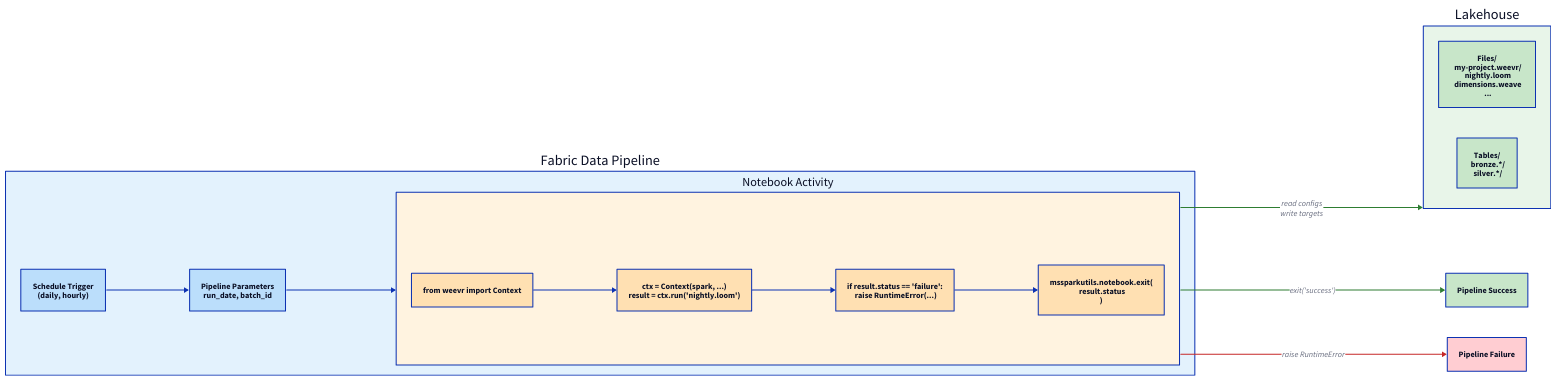
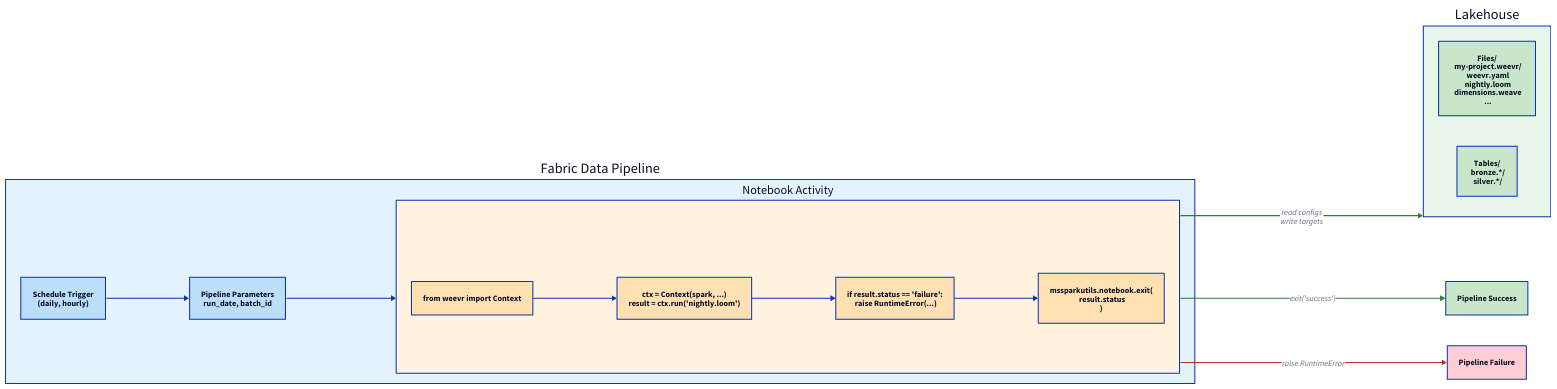
One commit to ardent-data/weevr changed the diagram in docs/how-to/run-from-fabric-pipeline.md. Above: the diagram before and after it, drawn with D2. The commit also changed other lines of this file and 278 other files, not shown here.

````diff
--- a/docs/how-to/run-from-fabric-pipeline.md
+++ b/docs/how-to/run-from-fabric-pipeline.md
@@ -7,37 +7,37 @@
 ```d2
 direction: right
 
 pipeline: Fabric Data Pipeline {
   style.fill: "#E3F2FD"
 
   trigger: Schedule Trigger\n(daily, hourly) {style.fill: "#BBDEFB"}
   params: Pipeline Parameters\nrun_date, batch_id {style.fill: "#BBDEFB"}
 
   notebook_activity: Notebook Activity {
     style.fill: "#FFF3E0"
 
     cell1: "from weevr import Context" {style.fill: "#FFE0B2"}
     cell2: "ctx = Context(spark, ...)\nresult = ctx.run('nightly.loom')" {style.fill: "#FFE0B2"}
     cell3: "if result.status == 'failure':\n    raise RuntimeError(...)" {style.fill: "#FFE0B2"}
     cell4: "mssparkutils.notebook.exit(\n    result.status\n)" {style.fill: "#FFE0B2"}
 
     cell1 -> cell2 -> cell3 -> cell4
   }
 
   trigger -> params -> notebook_activity
 }
 
 lakehouse: Lakehouse {
   style.fill: "#E8F5E9"
-  configs: "Files/\n  my-project.weevr/\n    nightly.loom\n    dimensions.weave\n    ..." {style.fill: "#C8E6C9"}
+  configs: "Files/\n  my-project.weevr/\n    weevr.yaml\n    nightly.loom\n    dimensions.weave\n    ..." {style.fill: "#C8E6C9"}
   tables: "Tables/\n  bronze.*/\n  silver.*/" {style.fill: "#C8E6C9"}
 }
 
 pipeline.notebook_activity -> lakehouse: "read configs\nwrite targets" {style.stroke: "#2E7D32"}
 
 success: Pipeline Success {style.fill: "#C8E6C9"}
 failure: Pipeline Failure {style.fill: "#FFCDD2"}
 
 pipeline.notebook_activity -> success: "exit('success')" {style.stroke: "#2E7D32"}
 pipeline.notebook_activity -> failure: "raise RuntimeError" {style.stroke: "#C62828"}
 ```
````
